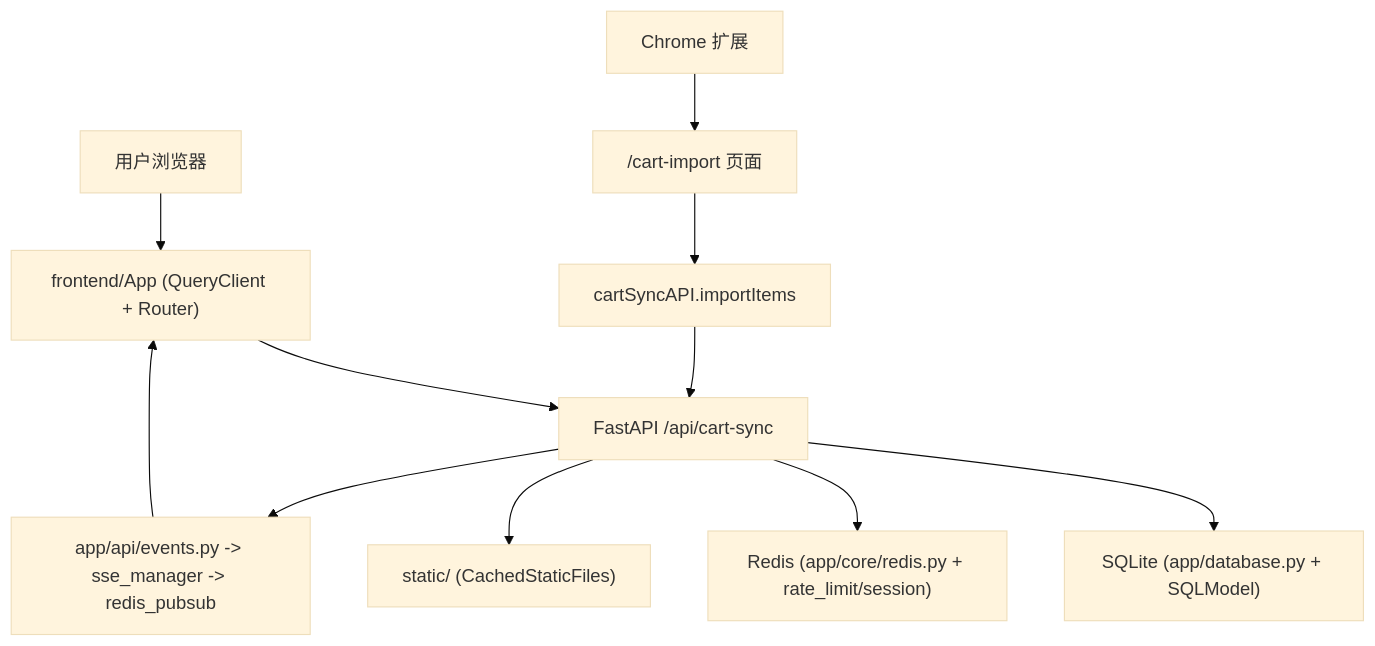
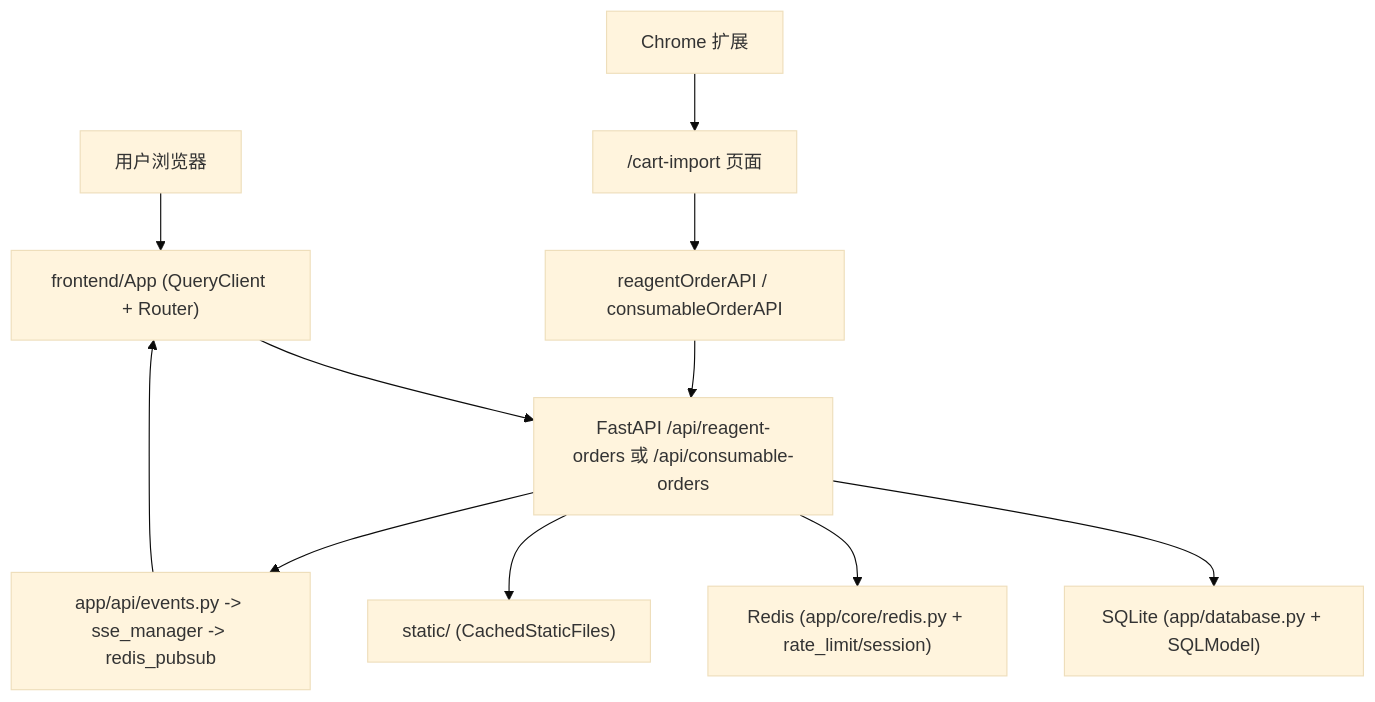
The diagram in wiki/overview/system-overview.md (hzb666/LabStorageManager), drawn with Mermaid (base theme) before and after one commit. The commit also changed other lines of this file and 31 other files, not shown here.

````diff
--- a/wiki/overview/system-overview.md
+++ b/wiki/overview/system-overview.md
@@ -16,13 +16,13 @@
 ```mermaid
 flowchart TD
     Browser["用户浏览器"] --> Web["frontend/App (QueryClient + Router)"]
     Extension["Chrome 扩展"] --> ImportPage["/cart-import 页面"]
-    ImportPage --> CartSync["cartSyncAPI.importItems"]
+    ImportPage --> OrderApis["reagentOrderAPI / consumableOrderAPI"]
     Web --> Api["FastAPI /api/*"]
-    CartSync --> Api["FastAPI /api/cart-sync"]
+    OrderApis --> Api["FastAPI /api/reagent-orders 或 /api/consumable-orders"]
     Api --> Db["SQLite (app/database.py + SQLModel)"]
     Api --> Cache["Redis (app/core/redis.py + rate_limit/session)"]
     Api --> Fs["static/ (CachedStaticFiles)"]
     Api --> Events["app/api/events.py -> sse_manager -> redis_pubsub"]
     Events --> Web
 ```
````
